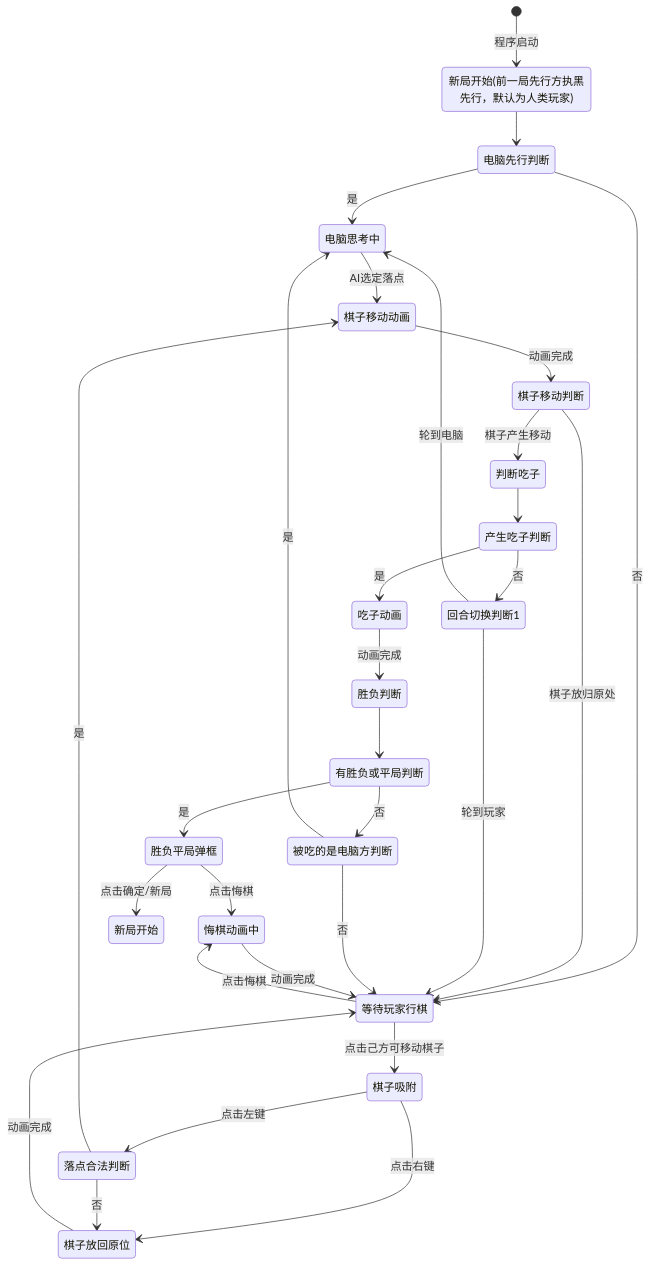
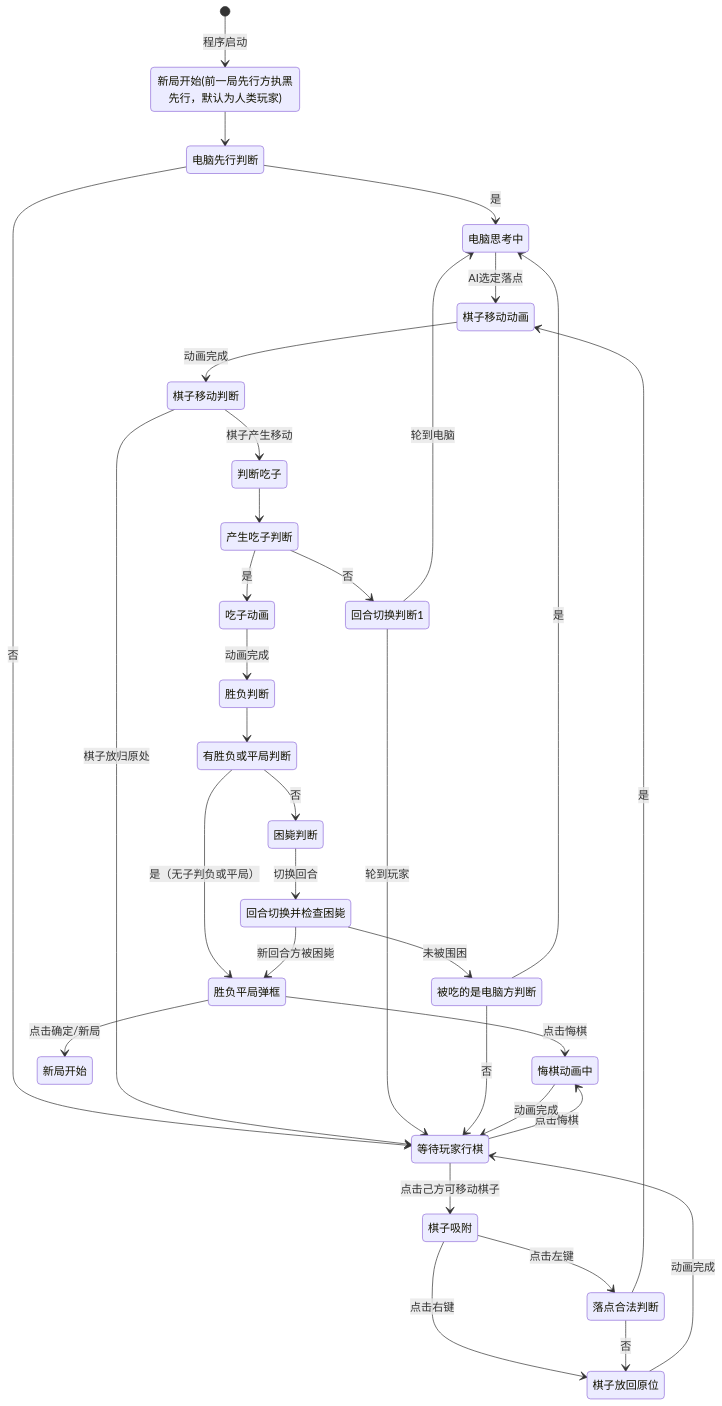
The diagram in doc/states.md (yin-hai-bo/Six-Rush), drawn with Mermaid before and after one commit. The commit also changed other lines of this file and 2 other files, not shown here.

````diff
--- a/doc/states.md
+++ b/doc/states.md
@@ -5,50 +5,55 @@
 ```mermaid
 stateDiagram-v2
     [*] --> 新局开始(前一局先行方执黑先行，默认为人类玩家): 程序启动
 
     新局开始(前一局先行方执黑先行，默认为人类玩家) --> 电脑先行判断
 
     电脑先行判断 --> 电脑思考中: 是
     电脑先行判断 --> 等待玩家行棋: 否
 
     电脑思考中 --> 棋子移动动画: AI选定落点
 
     等待玩家行棋 --> 棋子吸附: 点击己方可移动棋子
     等待玩家行棋 --> 悔棋动画中: 点击悔棋
 
     棋子吸附 --> 落点合法判断: 点击左键
     棋子吸附 --> 棋子放回原位: 点击右键
 
     落点合法判断 --> 棋子移动动画: 是
     落点合法判断 --> 棋子放回原位: 否
 
     棋子放回原位 --> 等待玩家行棋: 动画完成
 
     棋子移动动画 --> 棋子移动判断: 动画完成
 
     棋子移动判断 --> 判断吃子: 棋子产生移动
     棋子移动判断 --> 等待玩家行棋: 棋子放归原处
 
     判断吃子 --> 产生吃子判断
 
     产生吃子判断 --> 吃子动画: 是
     产生吃子判断 --> 回合切换判断1: 否
 
     吃子动画 --> 胜负判断: 动画完成
 
     胜负判断 --> 有胜负或平局判断
 
-    有胜负或平局判断 --> 胜负平局弹框: 是
-    有胜负或平局判断 --> 被吃的是电脑方判断: 否
+    有胜负或平局判断 --> 胜负平局弹框: 是（无子判负或平局）
+    有胜负或平局判断 --> 困毙判断: 否
+
+    困毙判断 --> 回合切换并检查困毙: 切换回合
+
+    回合切换并检查困毙 --> 胜负平局弹框: 新回合方被困毙
+    回合切换并检查困毙 --> 被吃的是电脑方判断: 未被围困
 
     胜负平局弹框 --> 悔棋动画中: 点击悔棋
     胜负平局弹框 --> 新局开始: 点击确定/新局
 
     回合切换判断1 --> 电脑思考中: 轮到电脑
     回合切换判断1 --> 等待玩家行棋: 轮到玩家
 
     被吃的是电脑方判断 --> 电脑思考中: 是
     被吃的是电脑方判断 --> 等待玩家行棋: 否
 
     悔棋动画中 --> 等待玩家行棋: 动画完成
 ```
````
